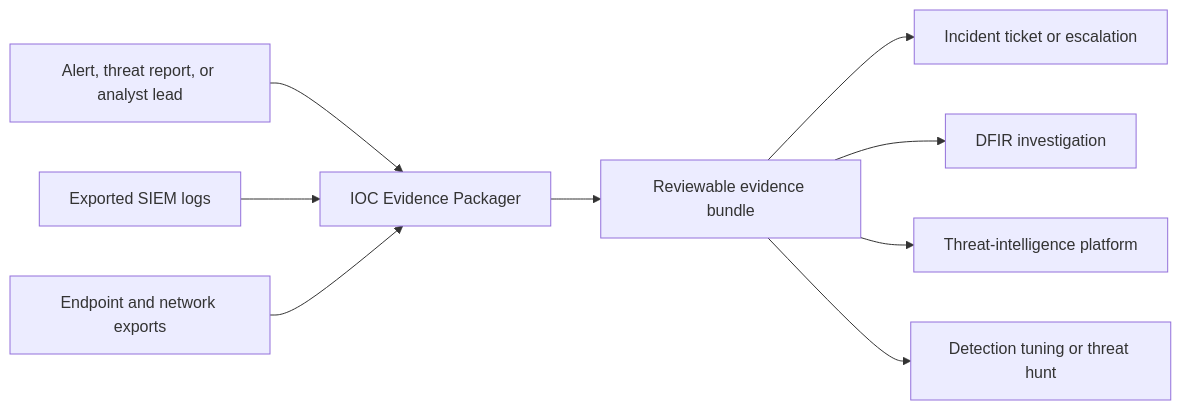
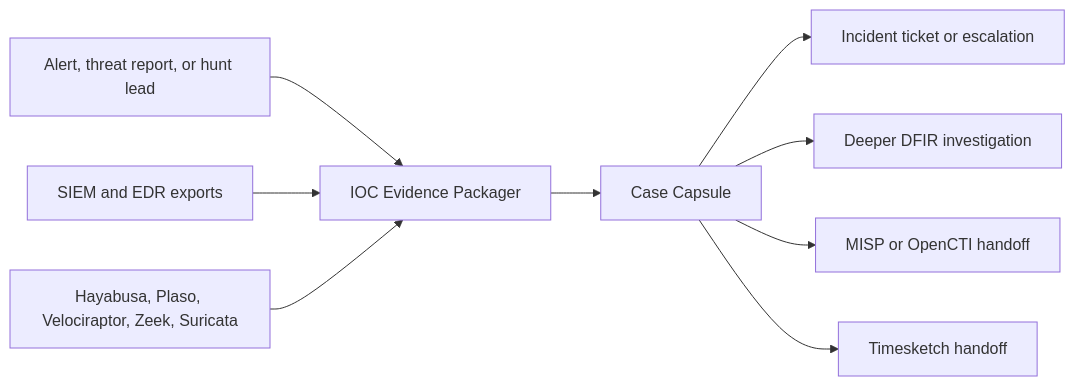
One commit to saltyma/ioc-evidence-packager changed the second of 2 diagrams in docs/PROJECT_PRIMER.md. Above: the diagram before and after it, drawn with Mermaid. The commit also changed other lines of this file and 22 other files, not shown here.

````diff
--- a/docs/PROJECT_PRIMER.md
+++ b/docs/PROJECT_PRIMER.md
@@ -81,11 +104,11 @@
 ```mermaid
 flowchart LR
-    A["Alert, threat report, or analyst lead"] --> B["IOC Evidence Packager"]
-    C["Exported SIEM logs"] --> B
-    D["Endpoint and network exports"] --> B
-    B --> E["Reviewable evidence bundle"]
-    E --> F["Incident ticket or escalation"]
-    E --> G["DFIR investigation"]
-    E --> H["Threat-intelligence platform"]
-    E --> I["Detection tuning or threat hunt"]
+    Lead["Alert, threat report, or hunt lead"] --> App["IOC Evidence Packager"]
+    SIEM["SIEM and EDR exports"] --> App
+    Tools["Hayabusa, Plaso, Velociraptor, Zeek, Suricata"] --> App
+    App --> Capsule["Case Capsule"]
+    Capsule --> Ticket["Incident ticket or escalation"]
+    Capsule --> DFIR["Deeper DFIR investigation"]
+    Capsule --> TI["MISP or OpenCTI handoff"]
+    Capsule --> Timeline["Timesketch handoff"]
 ```
````
